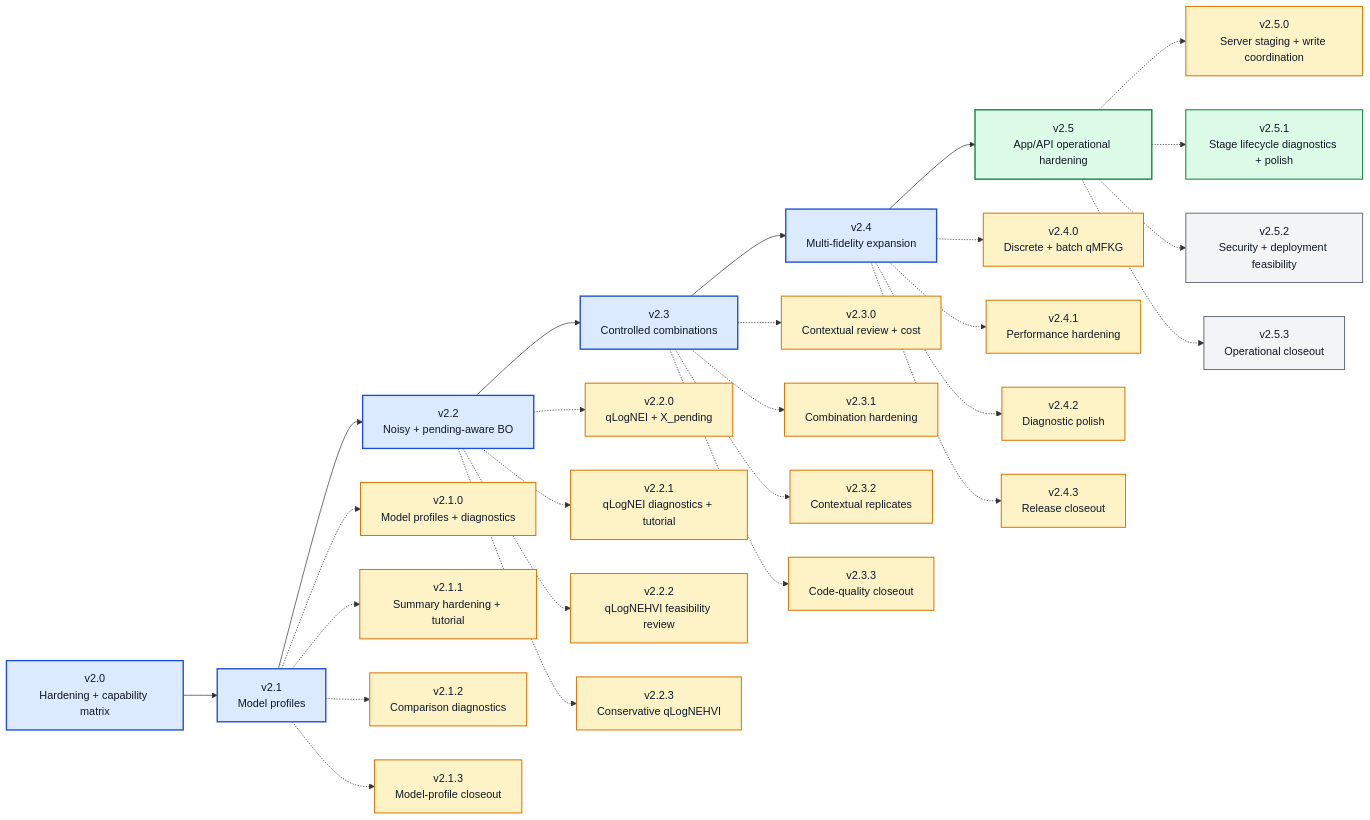
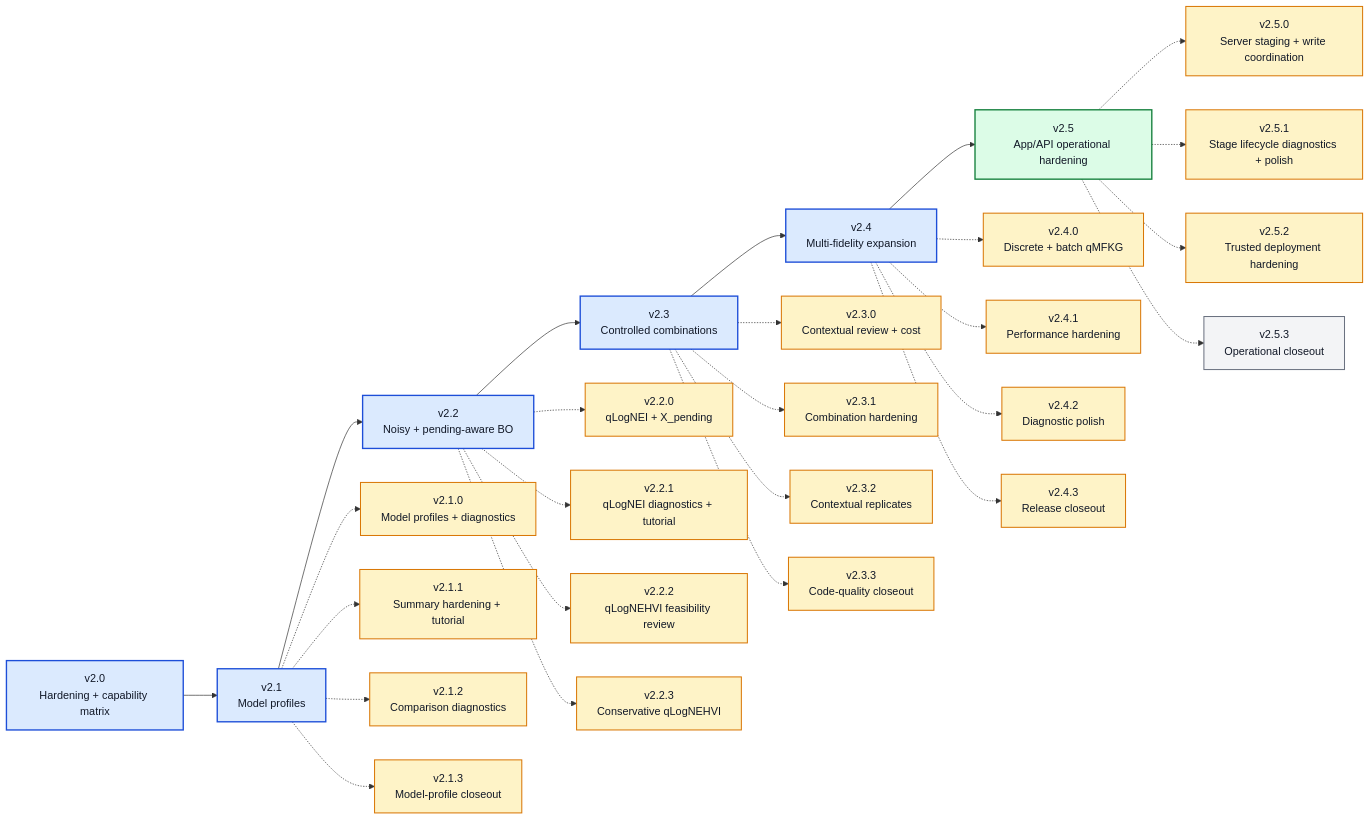
One commit to angzeli/bo-forge changed the diagram in ROADMAP_V2_X.md. Above: the diagram before and after it, drawn with Mermaid. The commit also changed other lines of this file and 26 other files, not shown here.

Commit message:
v2.5.2 update: Harden trusted deployment boundaries

````diff
--- a/ROADMAP_V2_X.md
+++ b/ROADMAP_V2_X.md
@@ -14,63 +14,62 @@
 ```mermaid
 flowchart LR
     v20["v2.0<br/>Hardening + capability matrix"] --> v21["v2.1<br/>Model profiles"] --> v22["v2.2<br/>Noisy + pending-aware BO"] --> v23["v2.3<br/>Controlled combinations"] --> v24["v2.4<br/>Multi-fidelity expansion"] --> v25["v2.5<br/>App/API operational hardening"]
 
     v210["v2.1.0<br/>Model profiles + diagnostics"]
     v211["v2.1.1<br/>Summary hardening + tutorial"]
     v212["v2.1.2<br/>Comparison diagnostics"]
     v213["v2.1.3<br/>Model-profile closeout"]
     v220["v2.2.0<br/>qLogNEI + X_pending"]
     v221["v2.2.1<br/>qLogNEI diagnostics + tutorial"]
     v222["v2.2.2<br/>qLogNEHVI feasibility review"]
     v223["v2.2.3<br/>Conservative qLogNEHVI"]
     v230["v2.3.0<br/>Contextual review + cost"]
     v231["v2.3.1<br/>Combination hardening"]
     v232["v2.3.2<br/>Contextual replicates"]
     v233["v2.3.3<br/>Code-quality closeout"]
     v240["v2.4.0<br/>Discrete + batch qMFKG"]
     v241["v2.4.1<br/>Performance hardening"]
     v242["v2.4.2<br/>Diagnostic polish"]
     v243["v2.4.3<br/>Release closeout"]
     v250["v2.5.0<br/>Server staging + write coordination"]
     v251["v2.5.1<br/>Stage lifecycle diagnostics + polish"]
-    v252["v2.5.2<br/>Security + deployment feasibility"]
+    v252["v2.5.2<br/>Trusted deployment hardening"]
     v253["v2.5.3<br/>Operational closeout"]
 
     v21 -.-> v210
     v21 -.-> v211
     v21 -.-> v212
     v21 -.-> v213
     v22 -.-> v220
     v22 -.-> v221
     v22 -.-> v222
     v22 -.-> v223
     v23 -.-> v230
     v23 -.-> v231
     v23 -.-> v232
     v23 -.-> v233
     v24 -.-> v240
     v24 -.-> v241
     v24 -.-> v242
     v24 -.-> v243
     v25 -.-> v250
     v25 -.-> v251
     v25 -.-> v252
     v25 -.-> v253
 
     class v20,v21,v22,v23,v24 majorDone
     class v25 majorActive
     class v210,v211,v212,v213 patchDone
     class v220,v221,v222,v223 patchDone
     class v230,v231,v232,v233 patchDone
     class v240,v241,v242,v243 patchDone
-    class v250 patchDone
-    class v251 patchActive
-    class v252,v253 patchFuture
+    class v250,v251,v252 patchDone
+    class v253 patchFuture
 
     classDef majorDone fill:#dbeafe,stroke:#1d4ed8,stroke-width:2px,color:#111827;
     classDef majorActive fill:#dcfce7,stroke:#15803d,stroke-width:2px,color:#111827;
     classDef majorFuture fill:#f3f4f6,stroke:#6b7280,stroke-width:2px,color:#111827;
     classDef patchDone fill:#fef3c7,stroke:#d97706,stroke-width:1.5px,color:#111827;
     classDef patchActive fill:#dcfce7,stroke:#15803d,stroke-width:1.5px,color:#111827;
     classDef patchFuture fill:#f3f4f6,stroke:#6b7280,stroke-width:1.5px,color:#111827;
 ```
````
